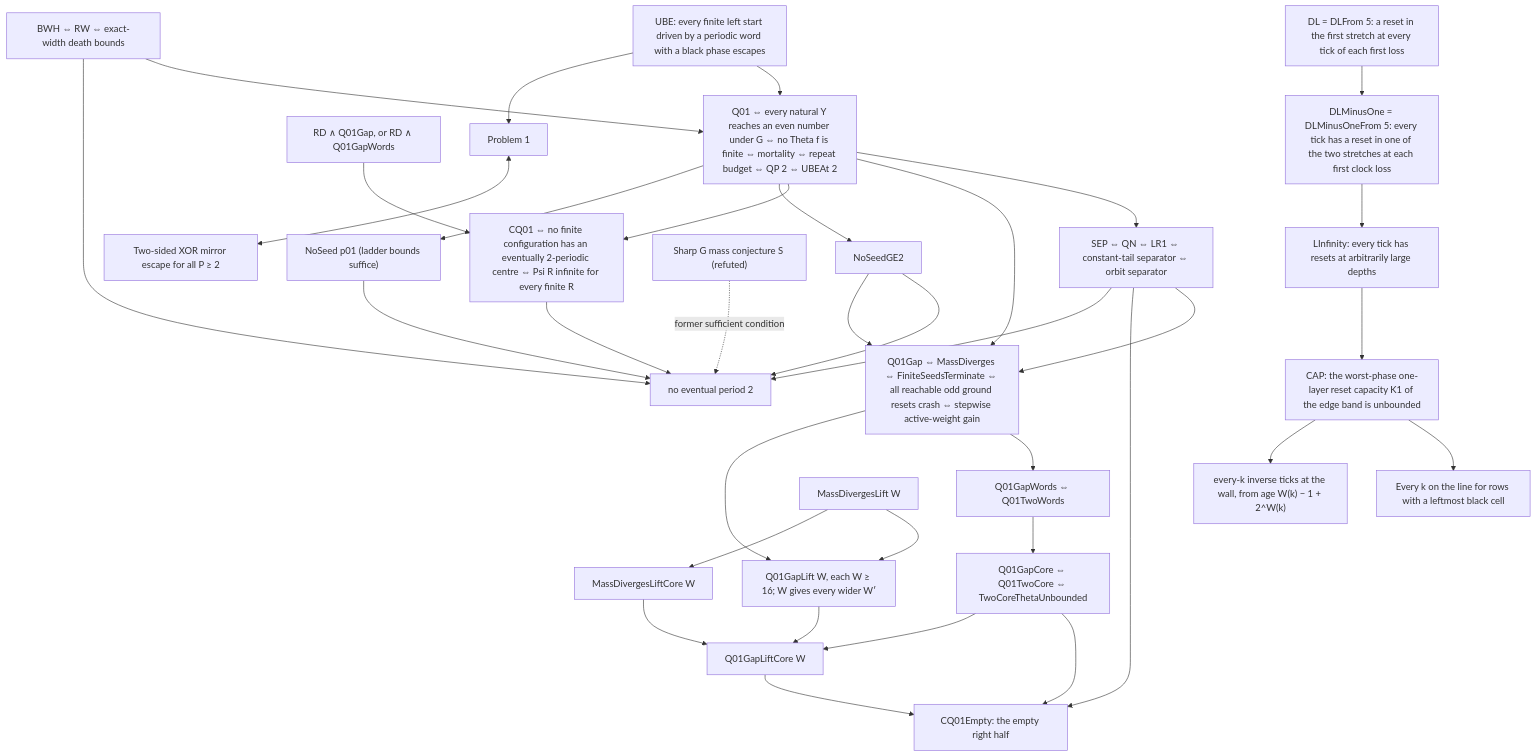
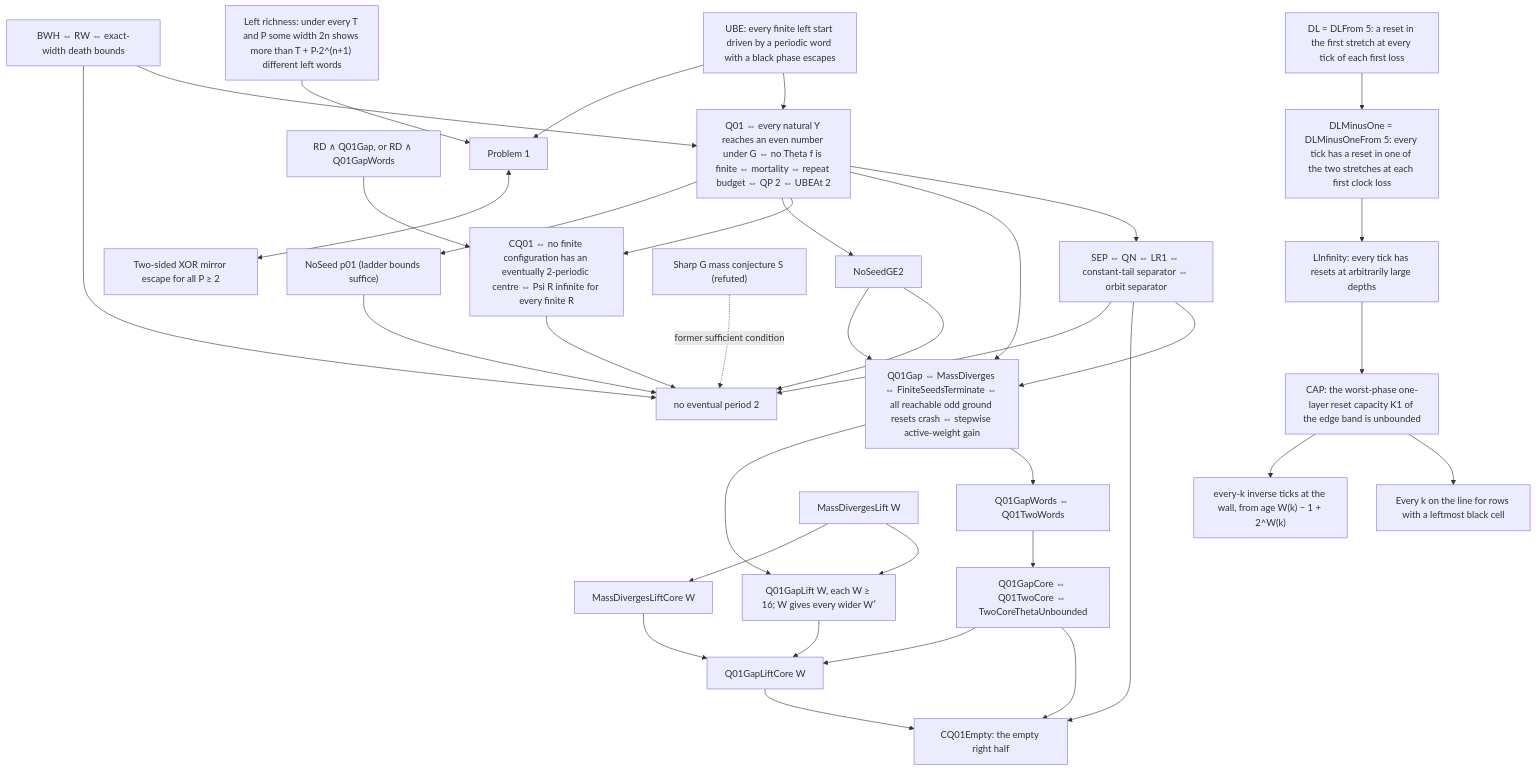
One commit to ghywel/rule30reset changed the diagram in KIT.md. Above: the diagram before and after it, drawn with Mermaid. The commit also changed other lines of this file and 5 other files, not shown here.

````diff
--- a/KIT.md
+++ b/KIT.md
@@ -48,32 +48,33 @@
 ```mermaid
 graph TD
   UBE["UBE: every finite left start driven by a periodic word with a black phase escapes"] --> Q01
   BWH["BWH ⇔ RW ⇔ exact-width death bounds"] --> Q01
   Q01["Q01 ⇔ every natural Y reaches an even number under G ⇔ no Theta f is finite ⇔ mortality ⇔ repeat budget ⇔ QP 2 ⇔ UBEAt 2"]
   Q01 --> SEP["SEP ⇔ QN ⇔ LR1 ⇔ constant-tail separator ⇔ orbit separator"]
   Q01 --> Q01Gap["Q01Gap ⇔ MassDiverges ⇔ FiniteSeedsTerminate ⇔ all reachable odd ground resets crash ⇔ stepwise active-weight gain"]
   SEP --> Q01Gap
   Q01Gap --> Q01GW["Q01GapWords ⇔ Q01TwoWords"]
   Q01GW --> Q01GC["Q01GapCore ⇔ Q01TwoCore ⇔ TwoCoreThetaUnbounded"]
   Q01GC --> CQ01E["CQ01Empty: the empty right half"]
   Q01Gap --> GL["Q01GapLift W, each W ≥ 16; W gives every wider W′"] --> GLC["Q01GapLiftCore W"] --> CQ01E
   Q01GC --> GLC
   MDL["MassDivergesLift W"] --> GL
   MDL --> MDLC["MassDivergesLiftCore W"] --> GLC
   SEP --> CQ01E
   Q01 --> CQ01["CQ01 ⇔ no finite configuration has an eventually 2-periodic centre ⇔ Psi R infinite for every finite R"]
   RDQ["RD ∧ Q01Gap, or RD ∧ Q01GapWords"] --> CQ01
   CQ01 --> NP2["no eventual period 2"]
   Q01 --> NSG["NoSeedGE2"] --> NP2
   NSG --> Q01Gap
   Q01 --> NS01["NoSeed p01 (ladder bounds suffice)"] --> NP2
   CS["Sharp G mass conjecture S (refuted)"] -. "former sufficient condition" .-> NP2
   SEP --> NP2
   BWH --> NP2
   UBE --> P1["Problem 1"]
+  RICH["Left richness: under every T and P some width 2n shows more than T + P·2^(n+1) different left words"] --> P1
   P1 <--> MIR["Two-sided XOR mirror escape for all P ≥ 2"]
   DL["DL = DLFrom 5: a reset in the first stretch at every tick of each first loss"] --> DL1
   DL1["DLMinusOne = DLMinusOneFrom 5: every tick has a reset in one of the two stretches at each first clock loss"] --> LI["LInfinity: every tick has resets at arbitrarily large depths"]
   CAP --> LINE["Every k on the line for rows with a leftmost black cell"]
   LI --> CAP["CAP: the worst-phase one-layer reset capacity K1 of the edge band is unbounded"] --> EVK["every-k inverse ticks at the wall, from age W(k) − 1 + 2^W(k)"]
 ```
````
